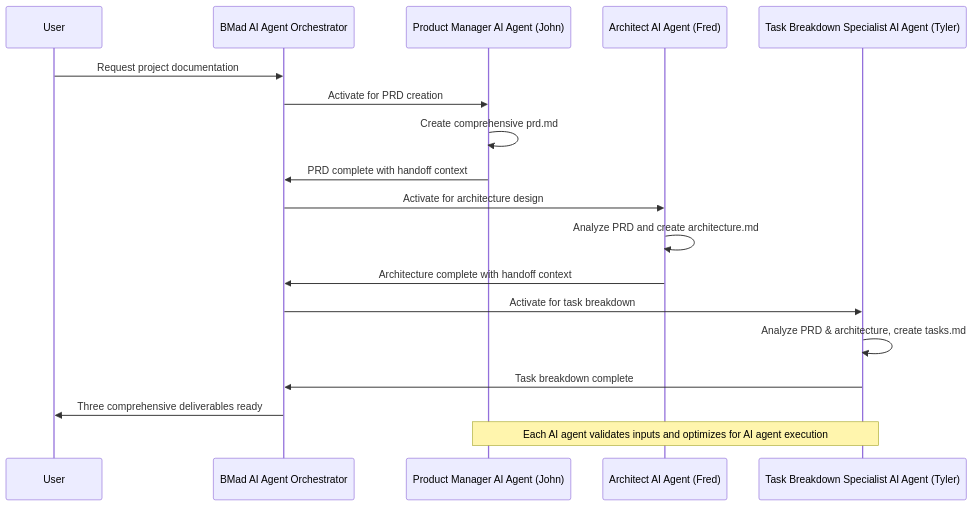
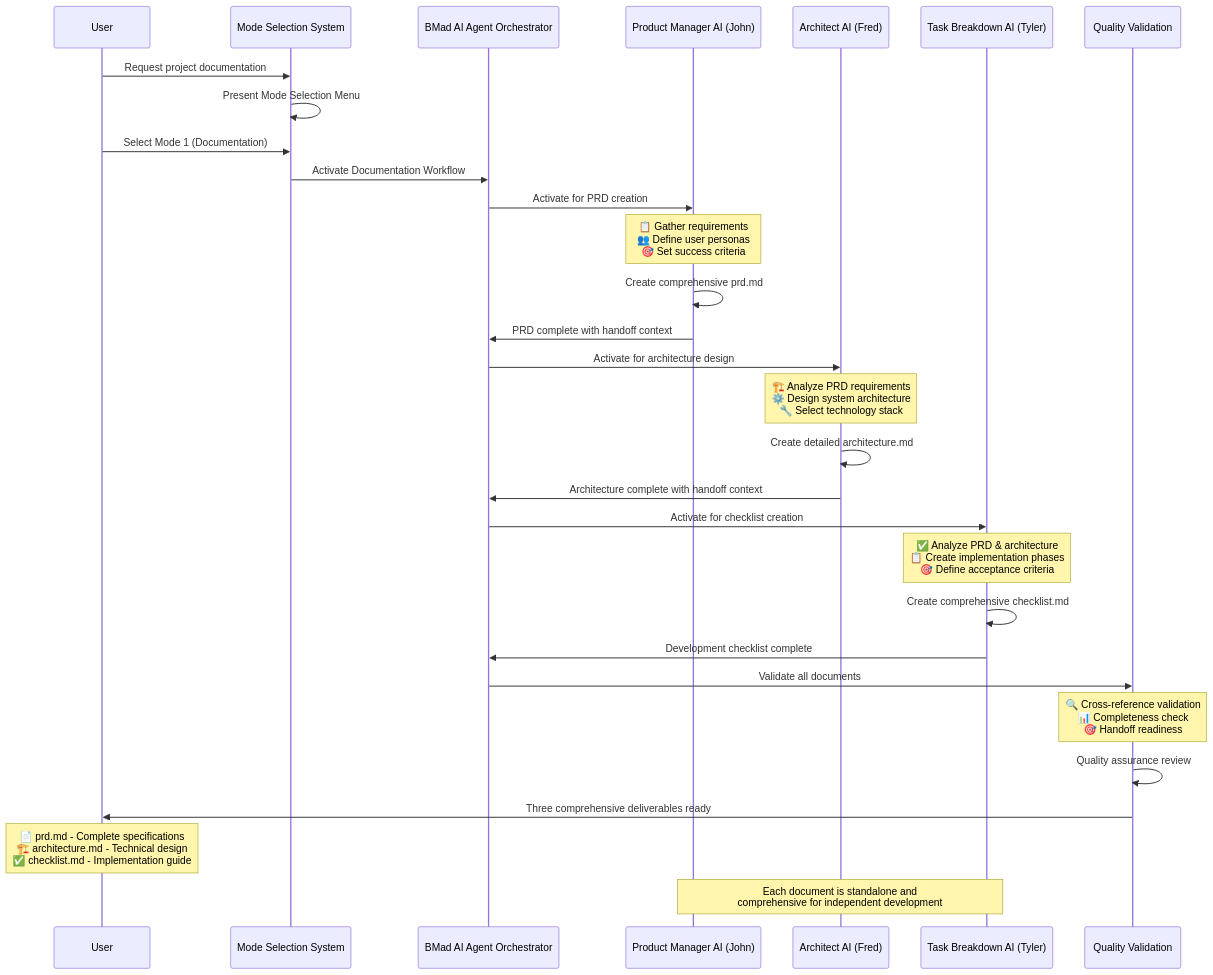
Before and after one commit to usemanusai/CodeMAD: the fifth of 7 diagrams in README.md, drawn with Mermaid. The commit also changed other lines of this file and 6 other files, not shown here.

First line of the commit message:
Add mandatory mode selection system and update documentation workflow

````diff
--- a/README.md
+++ b/README.md
@@ -197,25 +355,40 @@
 ```mermaid
 sequenceDiagram
     participant User
+    participant MS as Mode Selection System
     participant Orchestrator as BMad AI Agent Orchestrator
-    participant PM as Product Manager AI Agent (John)
-    participant Arch as Architect AI Agent (Fred)
-    participant Task as Task Breakdown Specialist AI Agent (Tyler)
+    participant PM as Product Manager AI (John)
+    participant Arch as Architect AI (Fred)
+    participant Task as Task Breakdown AI (Tyler)
+    participant QV as Quality Validation
 
-    User->>Orchestrator: Request project documentation
+    User->>MS: Request project documentation
+    MS->>MS: Present Mode Selection Menu
+    User->>MS: Select Mode 1 (Documentation)
+
+    MS->>Orchestrator: Activate Documentation Workflow
+
     Orchestrator->>PM: Activate for PRD creation
+    Note over PM: 📋 Gather requirements<br/>👥 Define user personas<br/>🎯 Set success criteria
     PM->>PM: Create comprehensive prd.md
     PM->>Orchestrator: PRD complete with handoff context
 
     Orchestrator->>Arch: Activate for architecture design
-    Arch->>Arch: Analyze PRD and create architecture.md
+    Note over Arch: 🏗️ Analyze PRD requirements<br/>⚙️ Design system architecture<br/>🔧 Select technology stack
+    Arch->>Arch: Create detailed architecture.md
     Arch->>Orchestrator: Architecture complete with handoff context
 
-    Orchestrator->>Task: Activate for task breakdown
-    Task->>Task: Analyze PRD & architecture, create tasks.md
-    Task->>Orchestrator: Task breakdown complete
+    Orchestrator->>Task: Activate for checklist creation
+    Note over Task: ✅ Analyze PRD & architecture<br/>📋 Create implementation phases<br/>🎯 Define acceptance criteria
+    Task->>Task: Create comprehensive checklist.md
+    Task->>Orchestrator: Development checklist complete
 
-    Orchestrator->>User: Three comprehensive deliverables ready
+    Orchestrator->>QV: Validate all documents
+    Note over QV: 🔍 Cross-reference validation<br/>📊 Completeness check<br/>🎯 Handoff readiness
+    QV->>QV: Quality assurance review
 
-    Note over PM,Task: Each AI agent validates inputs and optimizes for AI agent execution
+    QV->>User: Three comprehensive deliverables ready
+    Note over User: 📄 prd.md - Complete specifications<br/>🏗️ architecture.md - Technical design<br/>✅ checklist.md - Implementation guide
+
+    Note over PM,Task: Each document is standalone and<br/>comprehensive for independent development
 ```
````
